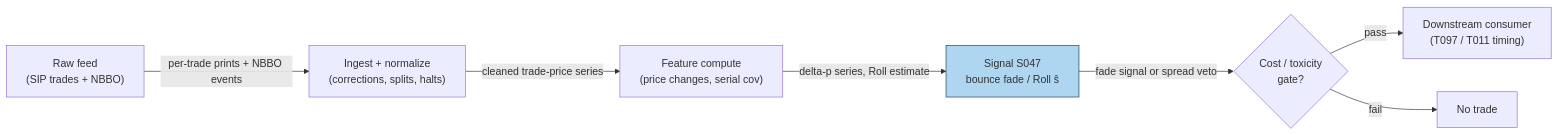
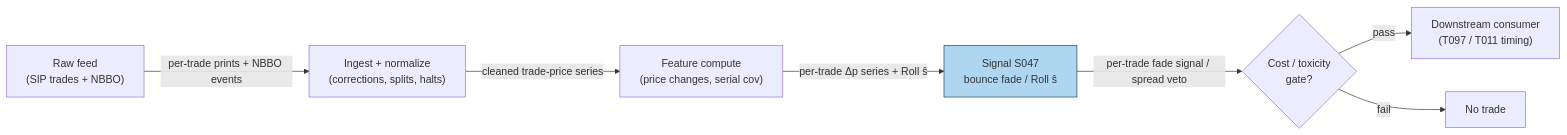
One commit to praveenguptahcl/quant-signals-deep changed the diagram in batches/SB4/S047.md. Above: the diagram before and after it, drawn with Mermaid. The commit also changed other lines of this file and 20 other files, not shown here.

````diff
--- a/batches/SB4/S047.md
+++ b/batches/SB4/S047.md
@@ -174,10 +176,10 @@
 ```mermaid
 flowchart LR
     FEED["Raw feed\n(SIP trades + NBBO)"] -->|per-trade prints + NBBO events| ING["Ingest + normalize\n(corrections, splits, halts)"]
     ING -->|cleaned trade-price series| FEAT["Feature compute\n(price changes, serial cov)"]
-    FEAT -->|delta-p series, Roll estimate| SIG["Signal S047\nbounce fade / Roll ŝ"]
-    SIG -->|fade signal or spread veto| GATE{"Cost / toxicity\ngate?"}
+    FEAT -->|per-trade Δp series + Roll ŝ| SIG["Signal S047\nbounce fade / Roll ŝ"]
+    SIG -->|per-trade fade signal / spread veto| GATE{"Cost / toxicity\ngate?"}
     GATE -->|pass| OUT["Downstream consumer\n(T097 / T011 timing)"]
     GATE -->|fail| DROP["No trade"]
     style SIG fill:#aed6f1,stroke:#1f3a5f
 ```
````
